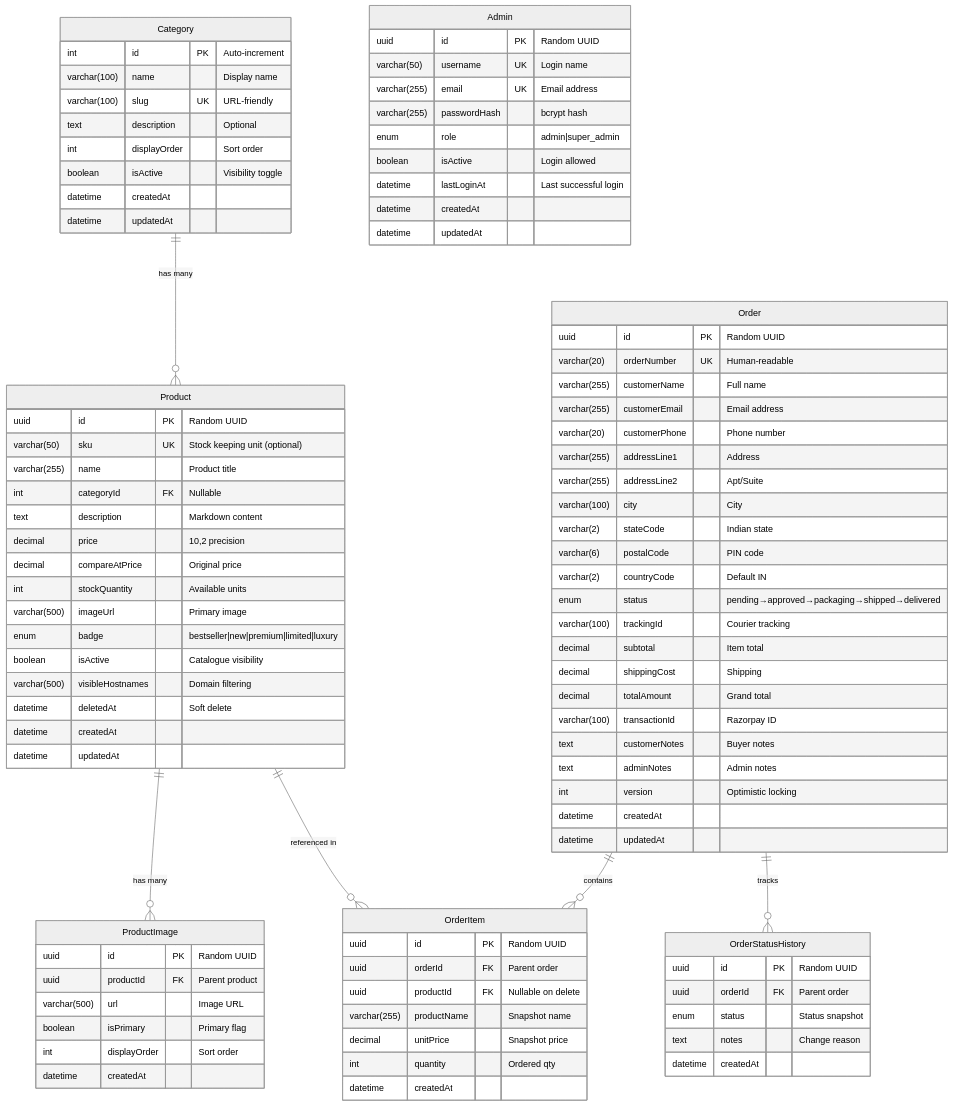
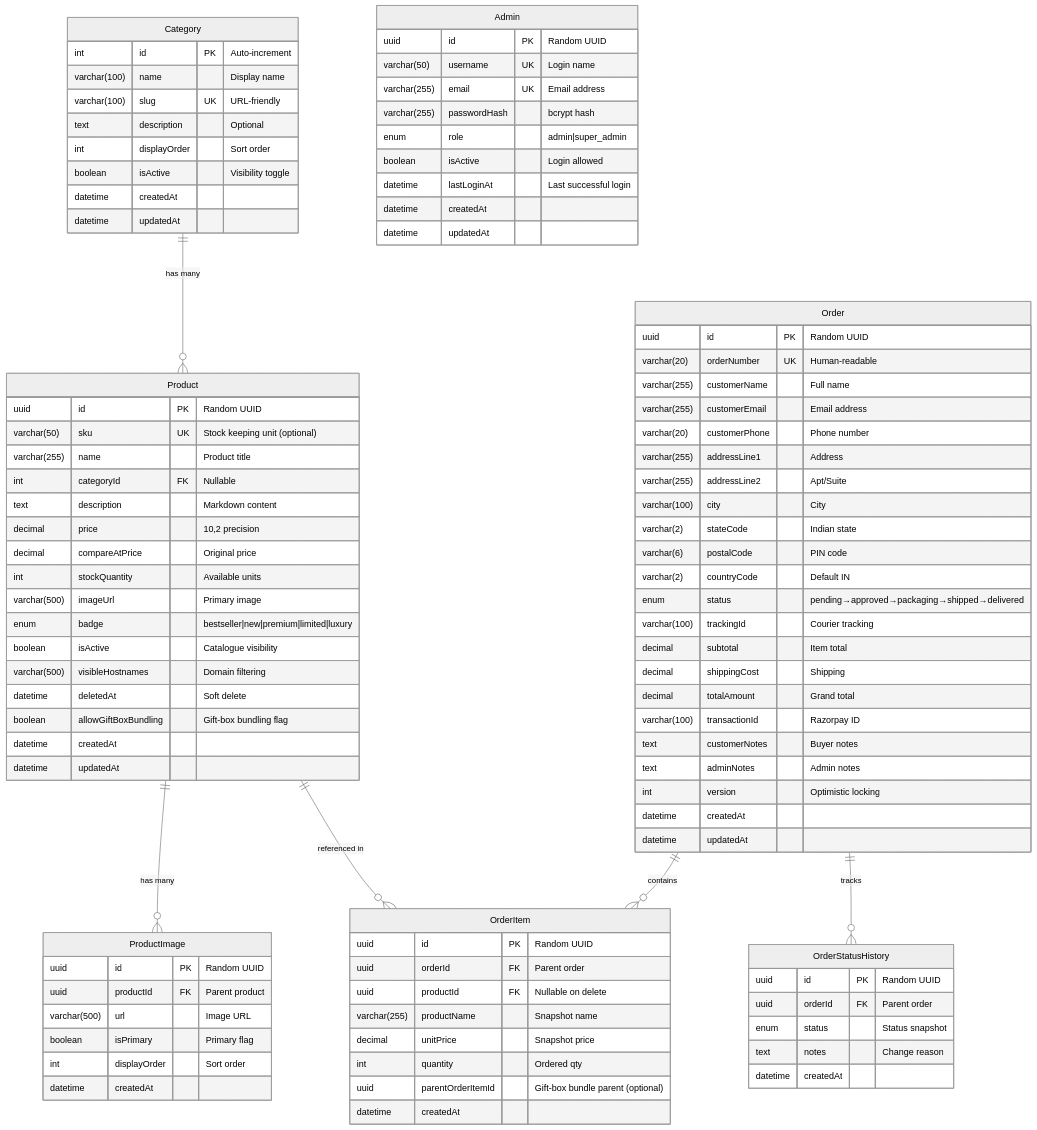
Before and after one commit to deepak-sekarbabu-coder/chinni-treasure: the second of 10 diagrams in chinni-treasure/docs/ARCHITECTURE_DIAGRAMS.md, drawn with Mermaid (neutral theme). The commit also changed other lines of this file and 7 other files, not shown here.

Commit message:
Refactor caching strategy and remove recent products API; update documentation and architecture diagrams

```diff
--- a/chinni-treasure/docs/ARCHITECTURE_DIAGRAMS.md
+++ b/chinni-treasure/docs/ARCHITECTURE_DIAGRAMS.md
@@ -111,6 +111,7 @@
         boolean isActive "Catalogue visibility"
         varchar(500) visibleHostnames "Domain filtering"
         datetime deletedAt "Soft delete"
+        boolean allowGiftBoxBundling "Gift-box bundling flag"
         datetime createdAt
         datetime updatedAt
     }
@@ -156,6 +157,7 @@
         varchar(255) productName "Snapshot name"
         decimal unitPrice "Snapshot price"
         int quantity "Ordered qty"
+        uuid parentOrderItemId "Gift-box bundle parent (optional)"
         datetime createdAt
     }
 
```
